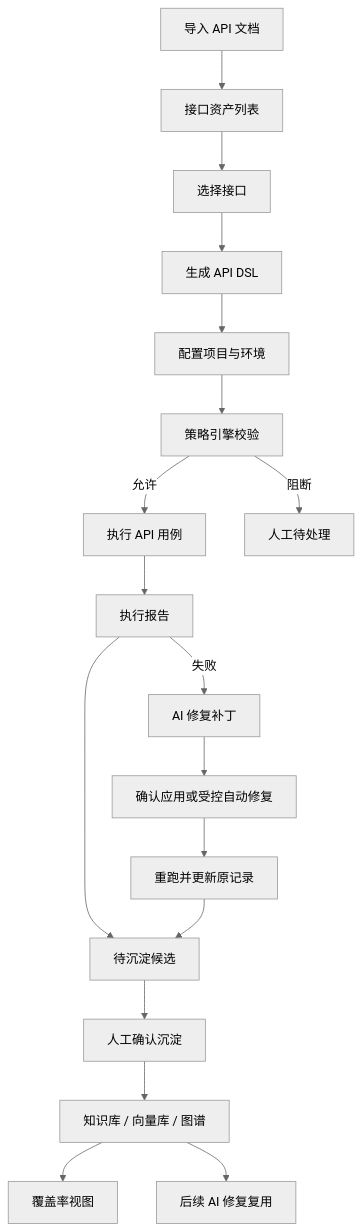
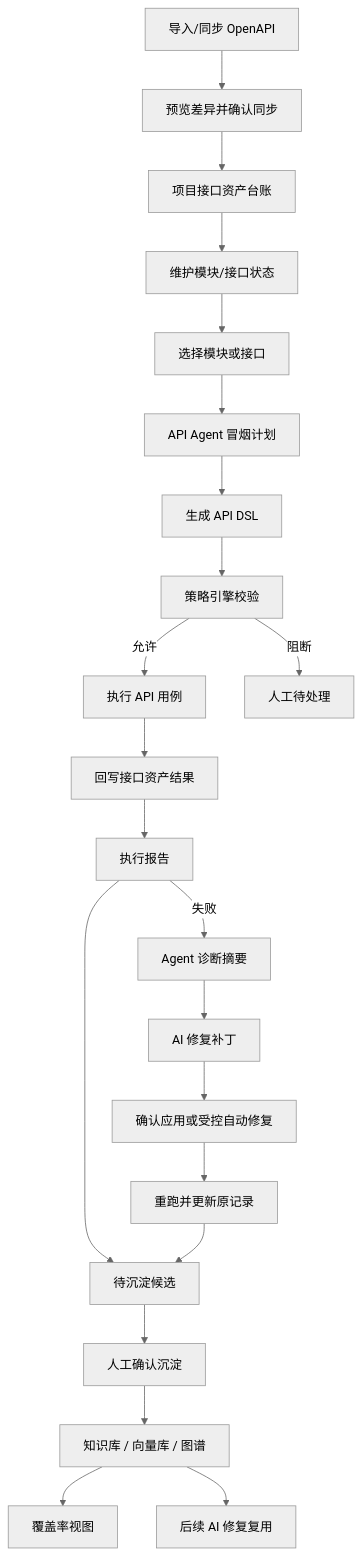
One commit to sunny-xiabo/OpenMelon changed the sixth of 12 diagrams in MANUAL.md. Above: the diagram before and after it, drawn with Mermaid (neutral theme). The commit also changed other lines of this file and 18 other files, not shown here.

````diff
--- a/MANUAL.md
+++ b/MANUAL.md
@@ -1191,20 +1290,24 @@
 ```mermaid
 flowchart TD
-    Import["导入 API 文档"] --> Asset["接口资产列表"]
-    Asset --> Select["选择接口"]
-    Select --> DSL["生成 API DSL"]
-    DSL --> Config["配置项目与环境"]
-    Config --> Policy["策略引擎校验"]
+    Import["导入/同步 OpenAPI"] --> Preview["预览差异并确认同步"]
+    Preview --> Asset["项目接口资产台账"]
+    Asset --> Maintain["维护模块/接口状态"]
+    Maintain --> Select["选择模块或接口"]
+    Select --> Agent["API Agent 冒烟计划"]
+    Agent --> DSL["生成 API DSL"]
+    DSL --> Policy["策略引擎校验"]
     Policy -->|"允许"| Run["执行 API 用例"]
     Policy -->|"阻断"| Pending["人工待处理"]
-    Run --> Report["执行报告"]
-    Report -->|"失败"| Repair["AI 修复补丁"]
+    Run --> Writeback["回写接口资产结果"]
+    Writeback --> Report["执行报告"]
+    Report -->|"失败"| Diagnose["Agent 诊断摘要"]
+    Diagnose --> Repair["AI 修复补丁"]
     Repair --> Apply["确认应用或受控自动修复"]
     Apply --> Rerun["重跑并更新原记录"]
     Report --> Candidate["待沉淀候选"]
     Rerun --> Candidate
     Candidate --> Approve["人工确认沉淀"]
     Approve --> Knowledge["知识库 / 向量库 / 图谱"]
     Knowledge --> Coverage["覆盖率视图"]
     Knowledge --> FutureRepair["后续 AI 修复复用"]
 ```
````
